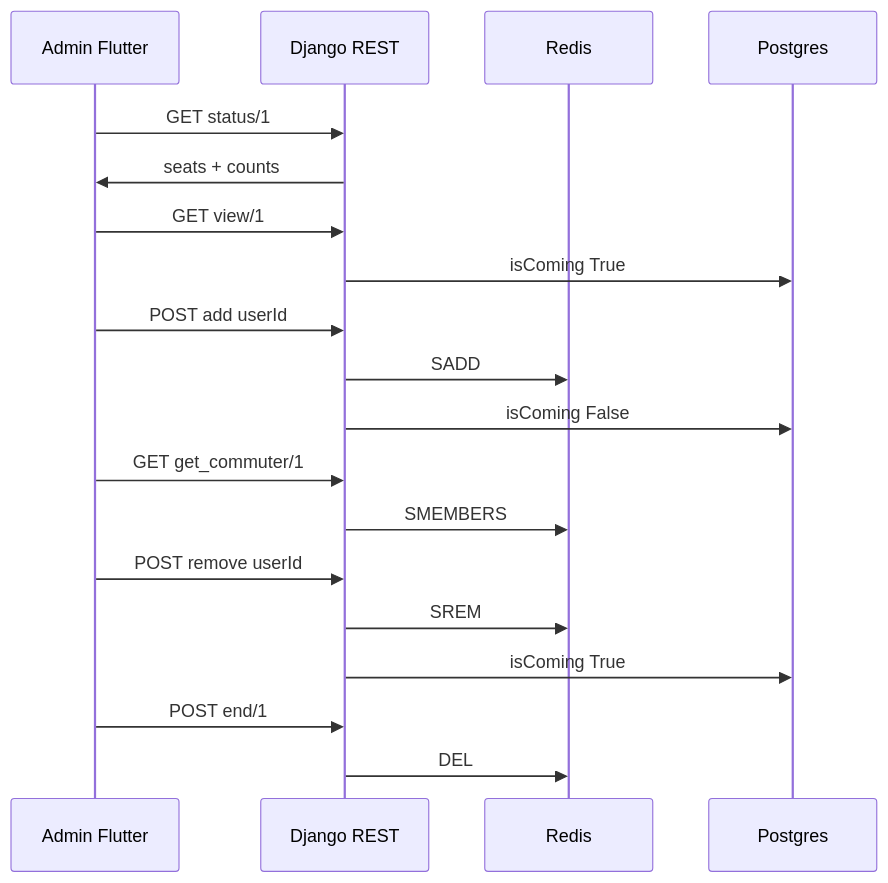
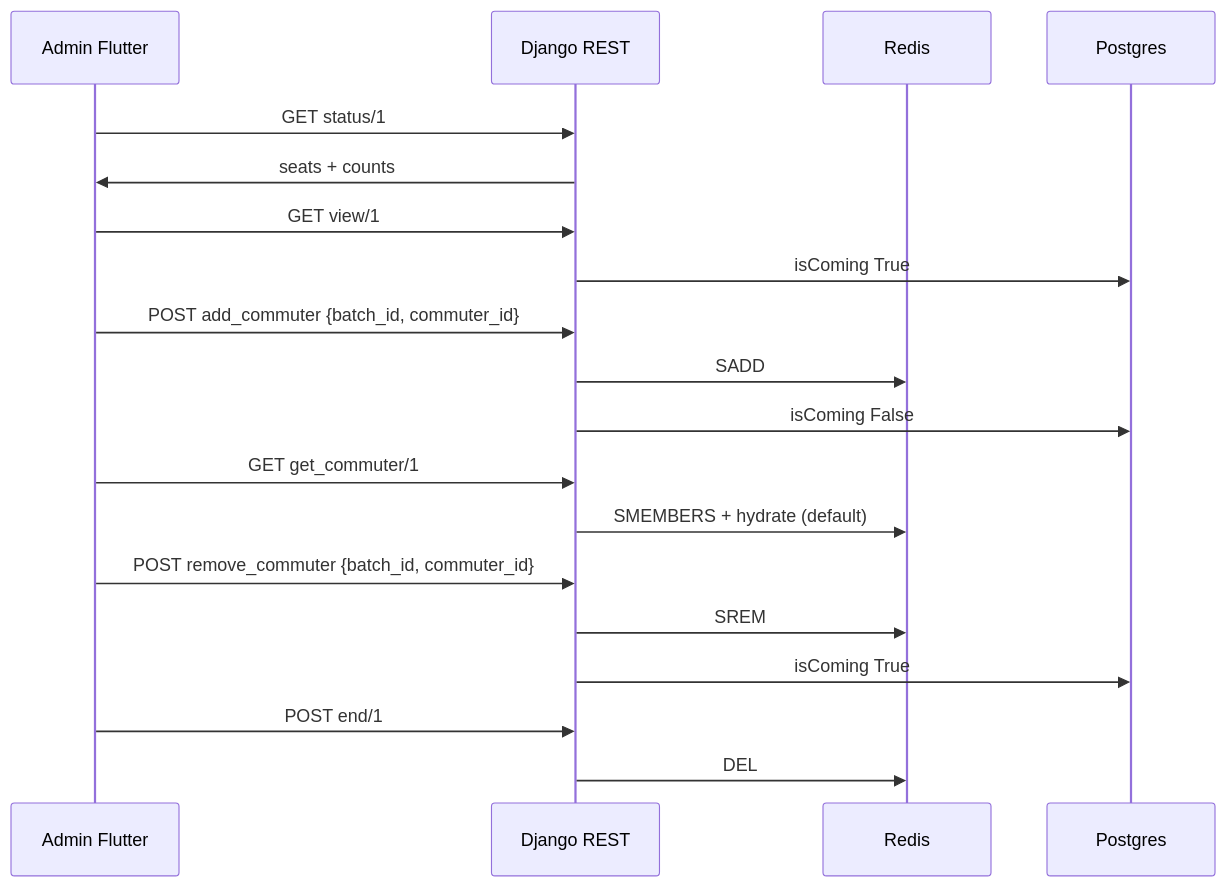
One commit to professorbhakta/cts_beta changed the diagram in docs/features/RETURN_BATCH_E2E.md. Above: the diagram before and after it, drawn with Mermaid. The commit also changed other lines of this file and 93 other files, not shown here.

First line of the commit message:
Enable driver return confirm and harden D2D/auth flows.

````diff
--- a/docs/features/RETURN_BATCH_E2E.md
+++ b/docs/features/RETURN_BATCH_E2E.md
@@ -86,22 +103,22 @@
 ```mermaid
 sequenceDiagram
   participant A as Admin Flutter
   participant B as Django REST
   participant R as Redis
   participant DB as Postgres
 
   A->>B: GET status/1
   B->>A: seats + counts
   A->>B: GET view/1
   B->>DB: isComing True
-  A->>B: POST add userId
+  A->>B: POST add_commuter {batch_id, commuter_id}
   B->>R: SADD
   B->>DB: isComing False
   A->>B: GET get_commuter/1
-  B->>R: SMEMBERS
-  A->>B: POST remove userId
+  B->>R: SMEMBERS + hydrate (default)
+  A->>B: POST remove_commuter {batch_id, commuter_id}
   B->>R: SREM
   B->>DB: isComing True
   A->>B: POST end/1
   B->>R: DEL
 ```
````
